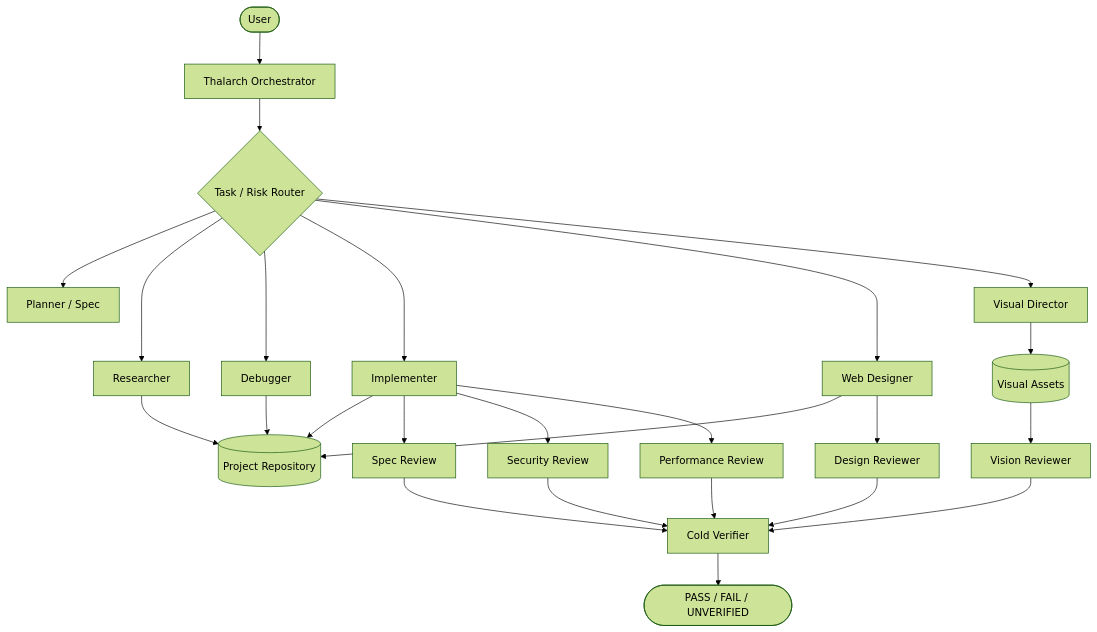
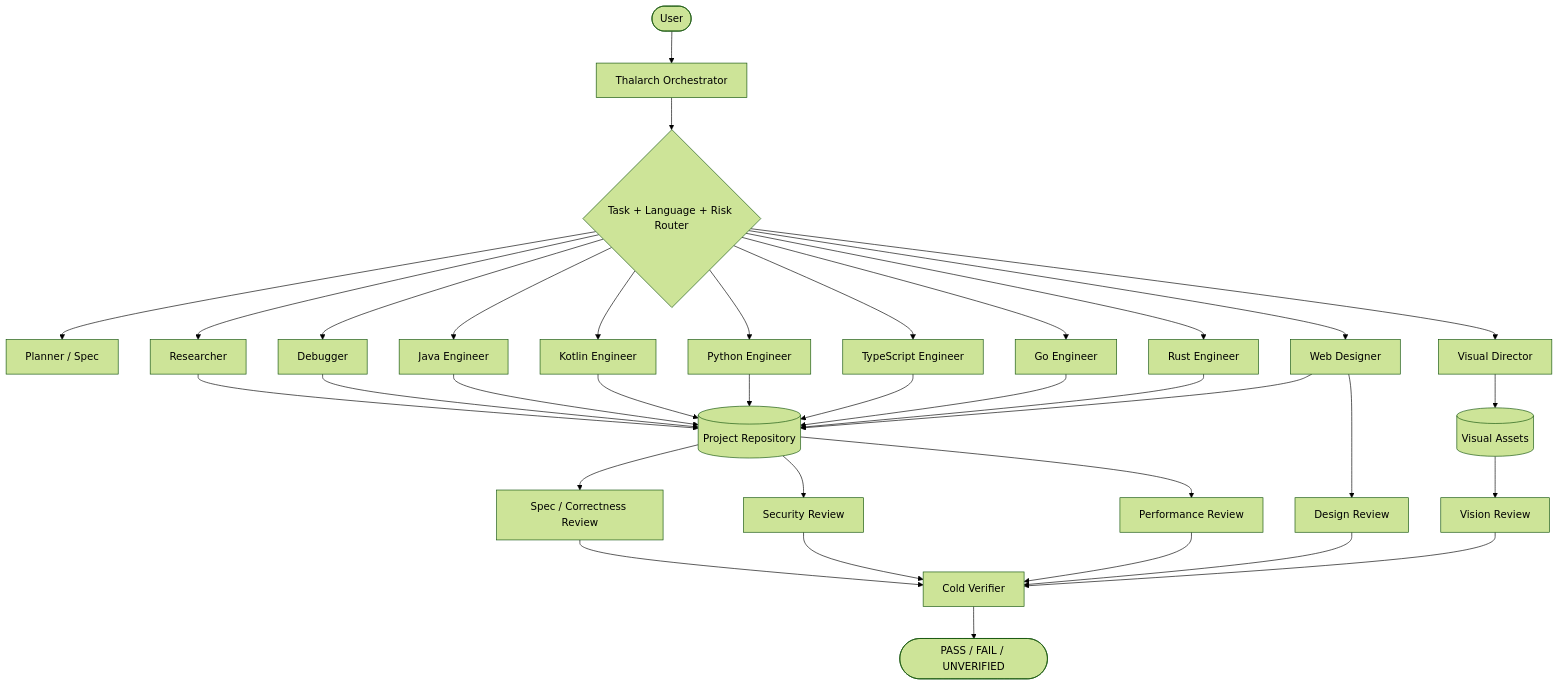
One commit to LUC4N3X/antigravity-thalarch changed the diagram in README.md. Above: the diagram before and after it, drawn with Mermaid (forest theme). The commit also changed other lines of this file, not shown here.

````diff
--- a/README.md
+++ b/README.md
@@ -69,31 +98,43 @@
 ```mermaid
 graph TD
     U([User]) --> O[Thalarch Orchestrator]
-    O --> R{Task / Risk Router}
+    O --> R{Task + Language + Risk Router}
 
     R --> P[Planner / Spec]
     R --> Q[Researcher]
     R --> D[Debugger]
-    R --> I[Implementer]
+
+    R --> J[Java Engineer]
+    R --> K[Kotlin Engineer]
+    R --> PY[Python Engineer]
+    R --> TS[TypeScript Engineer]
+    R --> G[Go Engineer]
+    R --> RU[Rust Engineer]
+
     R --> WD[Web Designer]
     R --> VD[Visual Director]
 
-    I --> C[(Project Repository)]
+    J --> C[(Project Repository)]
+    K --> C
+    PY --> C
+    TS --> C
+    G --> C
+    RU --> C
     WD --> C
     D --> C
     Q --> C
     VD --> A[(Visual Assets)]
 
-    A --> VR[Vision Reviewer]
-    WD --> DR[Design Reviewer]
-    I --> RS[Spec Review]
-    I --> RSEC[Security Review]
-    I --> RPERF[Performance Review]
+    C --> RS[Spec / Correctness Review]
+    C --> RSEC[Security Review]
+    C --> RPERF[Performance Review]
+    A --> VR[Vision Review]
+    WD --> DR[Design Review]
 
-    VR --> V[Cold Verifier]
-    DR --> V
-    RS --> V
+    RS --> V[Cold Verifier]
     RSEC --> V
     RPERF --> V
+    VR --> V
+    DR --> V
     V --> E([PASS / FAIL / UNVERIFIED])
 ```
````
